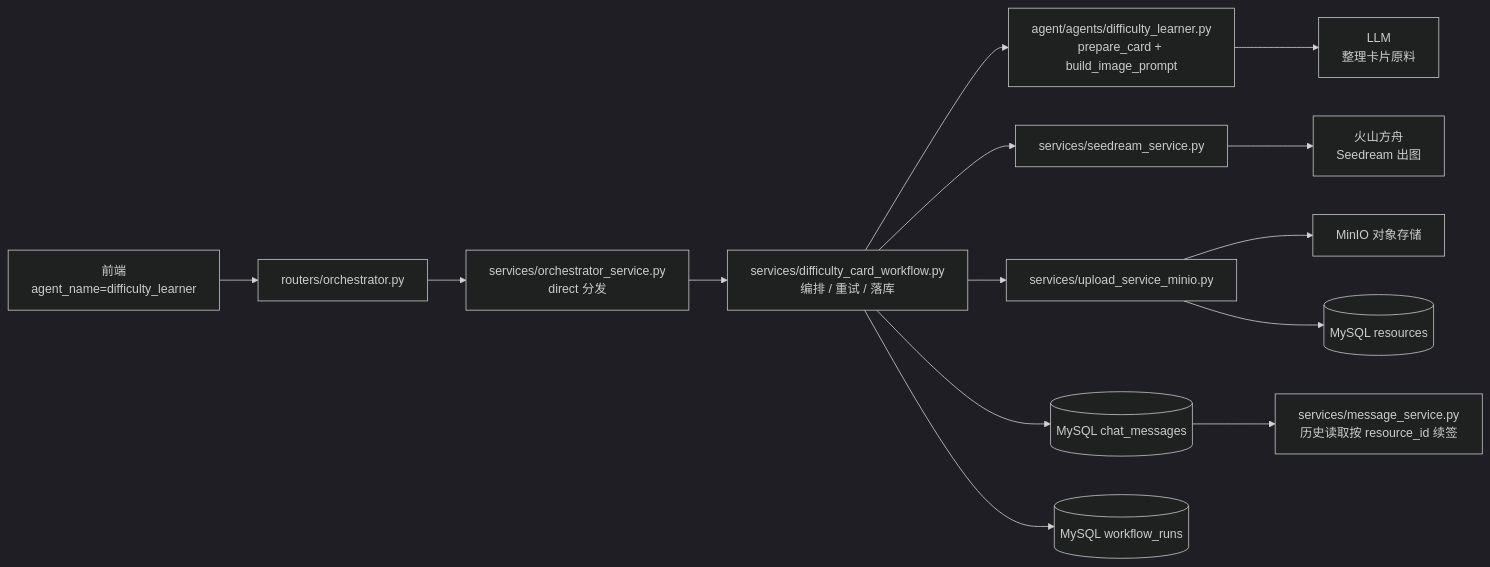
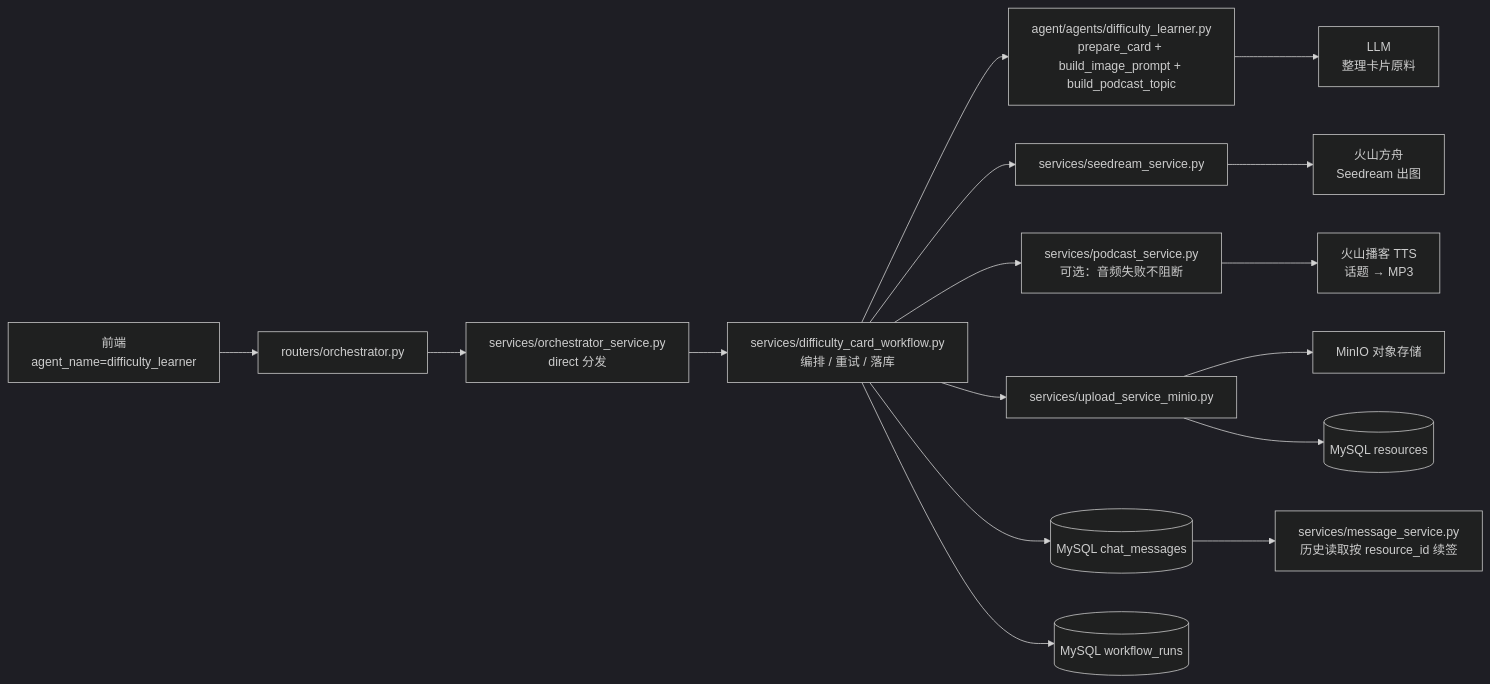
Before and after one commit to jiayinjiang-pistachio/study-pass-ai: the first of 3 diagrams in agent-backend/docs/difficulty-card-guide.md, drawn with Mermaid (dark theme). The commit also changed other lines of this file and 19 other files, not shown here.

````diff
--- a/agent-backend/docs/difficulty-card-guide.md
+++ b/agent-backend/docs/difficulty-card-guide.md
@@ -27,16 +30,18 @@
 ```mermaid
 flowchart LR
     F[前端<br/>agent_name=difficulty_learner] --> R[routers/orchestrator.py]
     R --> O[services/orchestrator_service.py<br/>direct 分发]
     O --> W[services/difficulty_card_workflow.py<br/>编排 / 重试 / 落库]
-    W --> A[agent/agents/difficulty_learner.py<br/>prepare_card + build_image_prompt]
+    W --> A[agent/agents/difficulty_learner.py<br/>prepare_card + build_image_prompt + build_podcast_topic]
     A --> L[LLM<br/>整理卡片原料]
     W --> S[services/seedream_service.py]
     S --> ARK[火山方舟<br/>Seedream 出图]
+    W --> P[services/podcast_service.py<br/>可选：音频失败不阻断]
+    P --> TTS[火山播客 TTS<br/>话题 → MP3]
     W --> U[services/upload_service_minio.py]
     U --> M[MinIO 对象存储]
     U --> DB[(MySQL resources)]
     W --> CM[(MySQL chat_messages)]
     W --> WR[(MySQL workflow_runs)]
     CM --> H[services/message_service.py<br/>历史读取按 resource_id 续签]
 ```
````
